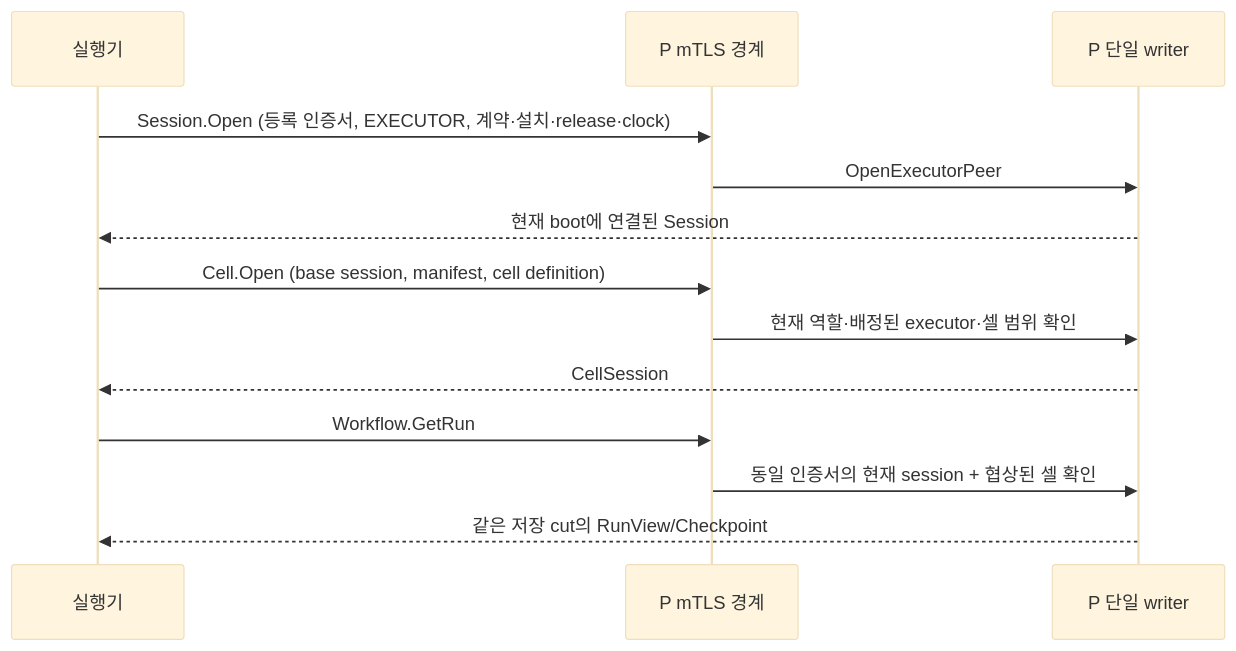
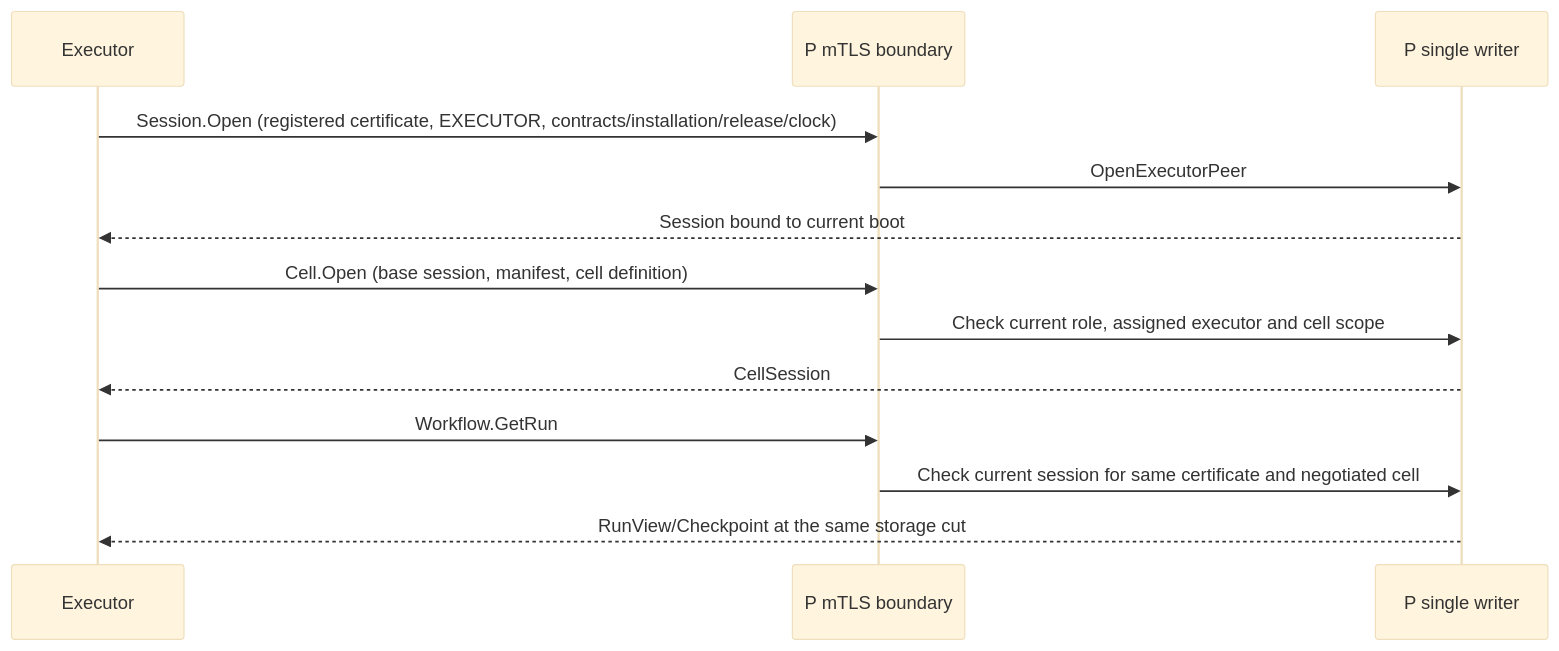
One commit to jack0682/rx-platform changed the diagram in crates/rx-application/EXECUTOR_PEER.md. Above: the diagram before and after it, drawn with Mermaid (base theme). The commit also changed other lines of this file and 103 other files, not shown here.

````diff
--- a/crates/rx-application/EXECUTOR_PEER.md
+++ b/crates/rx-application/EXECUTOR_PEER.md
@@ -33,15 +33,15 @@
 ```mermaid
 sequenceDiagram
-  participant E as 실행기
-  participant G as P mTLS 경계
-  participant W as P 단일 writer
-  E->>G: Session.Open (등록 인증서, EXECUTOR, 계약·설치·release·clock)
+  participant E as Executor
+  participant G as P mTLS boundary
+  participant W as P single writer
+  E->>G: Session.Open (registered certificate, EXECUTOR, contracts/installation/release/clock)
   G->>W: OpenExecutorPeer
-  W-->>E: 현재 boot에 연결된 Session
+  W-->>E: Session bound to current boot
   E->>G: Cell.Open (base session, manifest, cell definition)
-  G->>W: 현재 역할·배정된 executor·셀 범위 확인
+  G->>W: Check current role, assigned executor and cell scope
   W-->>E: CellSession
   E->>G: Workflow.GetRun
-  G->>W: 동일 인증서의 현재 session + 협상된 셀 확인
-  W-->>E: 같은 저장 cut의 RunView/Checkpoint
+  G->>W: Check current session for same certificate and negotiated cell
+  W-->>E: RunView/Checkpoint at the same storage cut
 ```
````
